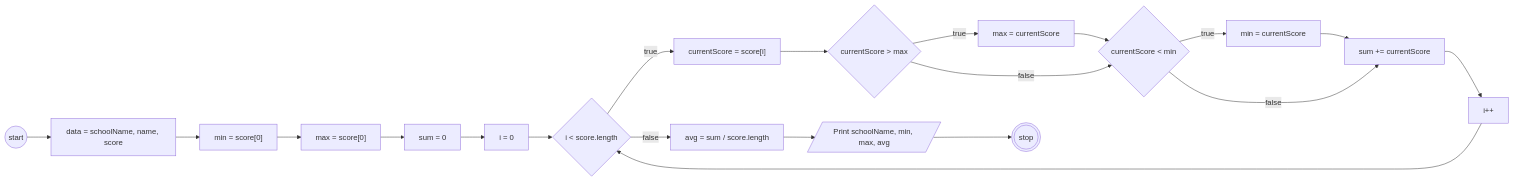
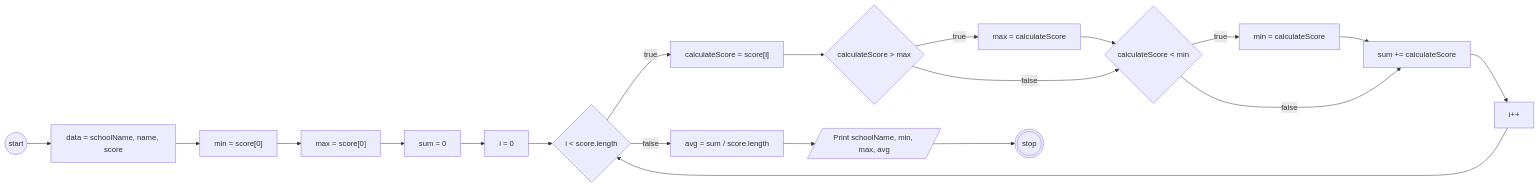
Before and after one commit to aldi-ardyansah/koda-b10-javascript4: the diagram in README.md, drawn with Mermaid. The commit also changed 1 other file, not shown here.

````diff
--- a/README.md
+++ b/README.md
@@ -7,40 +7,40 @@
 ```mermaid
 flowchart LR
     A((start))
     B["data = schoolName, name, score"]
     C["min = score[0]"]
     D["max = score[0]"]
     E["sum = 0"]
     F["i = 0"]
     G{"i < score.length"}
-    H["currentScore = score[i]"]
-    I{"currentScore > max"}
-    J["max = currentScore"]
-    K{"currentScore < min"}
-    L["min = currentScore"]
-    M["sum += currentScore"]
+    H["calculateScore = score[i]"]
+    I{"calculateScore > max"}
+    J["max = calculateScore"]
+    K{"calculateScore < min"}
+    L["min = calculateScore"]
+    M["sum += calculateScore"]
     N["i++"]
     O["avg = sum / score.length"]
     P[/Print schoolName, min, max, avg/]
     Z(((stop)))
 
     A --> B
     B --> C
     C --> D
     D --> E
     E --> F
     F --> G
     G -- true --> H
     H --> I
     I -- true --> J
     I -- false --> K
     J --> K
     K -- true --> L
     K -- false --> M
     L --> M
     M --> N
     N --> G
     G -- false --> O
     O --> P
     P --> Z
 ```
````
